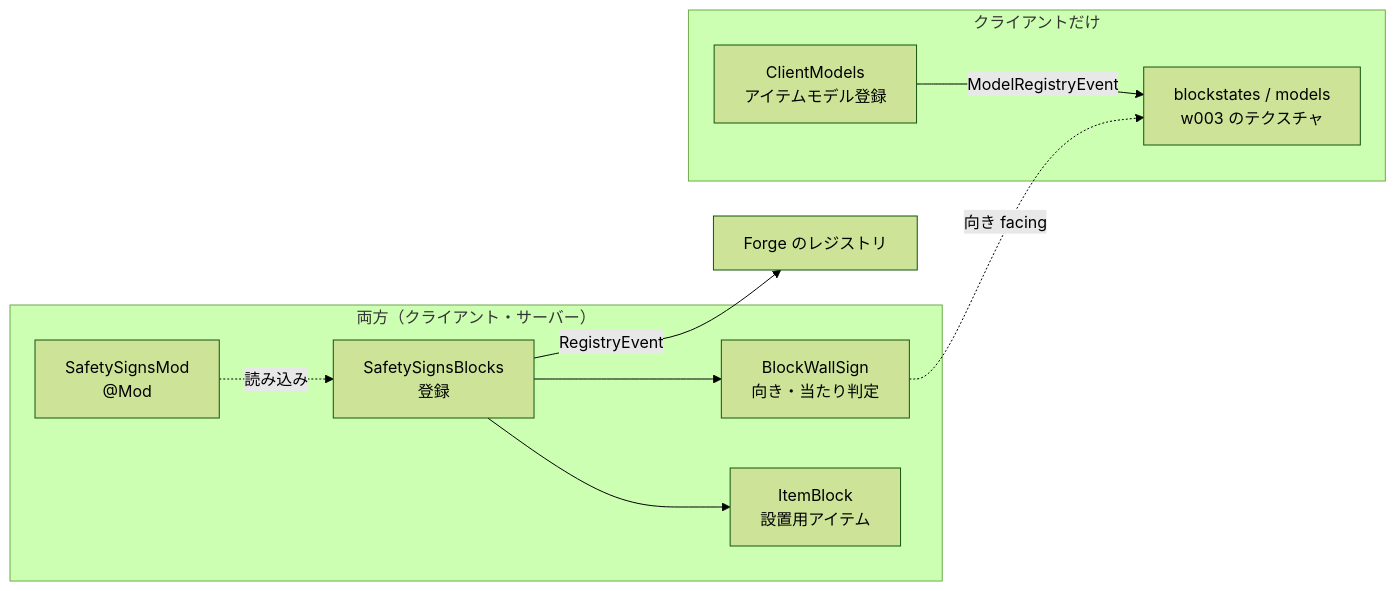
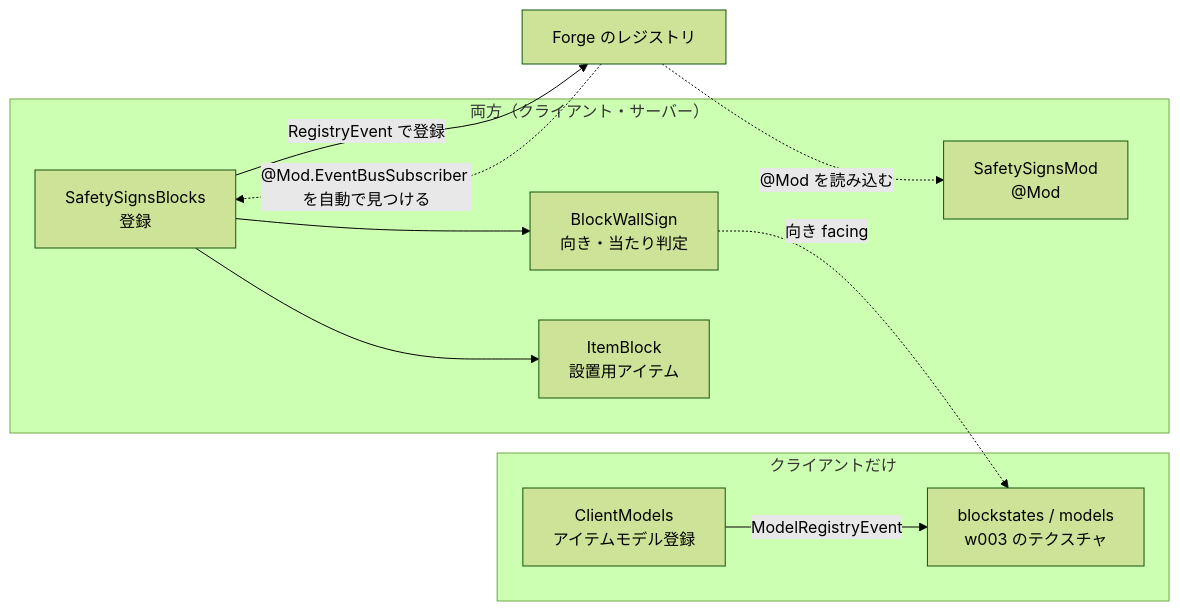
Before and after one commit to zeusisgood/safetysigns: the first of 2 diagrams in doc/architecture.md, drawn with Mermaid (forest theme). The commit also changed other lines of this file and 1 other file, not shown here.

Commit message:
Fix registration arrows in architecture diagram and note floating signs in TODO

````diff
--- a/doc/architecture.md
+++ b/doc/architecture.md
@@ -20,20 +20,21 @@
 ```mermaid
 flowchart LR
     subgraph Both["両方（クライアント・サーバー）"]
         Mod["SafetySignsMod<br/>@Mod"]
         Reg["SafetySignsBlocks<br/>登録"]
         Block["BlockWallSign<br/>向き・当たり判定"]
         Item["ItemBlock<br/>設置用アイテム"]
     end
     subgraph Client["クライアントだけ"]
         Models["ClientModels<br/>アイテムモデル登録"]
         Assets["blockstates / models<br/>w003 のテクスチャ"]
     end
     Forge["Forge のレジストリ"]
-    Mod -. 読み込み .-> Reg
-    Reg -- RegistryEvent --> Forge
+    Forge -. "@Mod.EventBusSubscriber を自動で見つける" .-> Reg
+    Forge -. "@Mod を読み込む" .-> Mod
+    Reg -- RegistryEvent で登録 --> Forge
     Reg --> Block
     Reg --> Item
     Models -- ModelRegistryEvent --> Assets
     Block -. 向き facing .-> Assets
 ```
````
